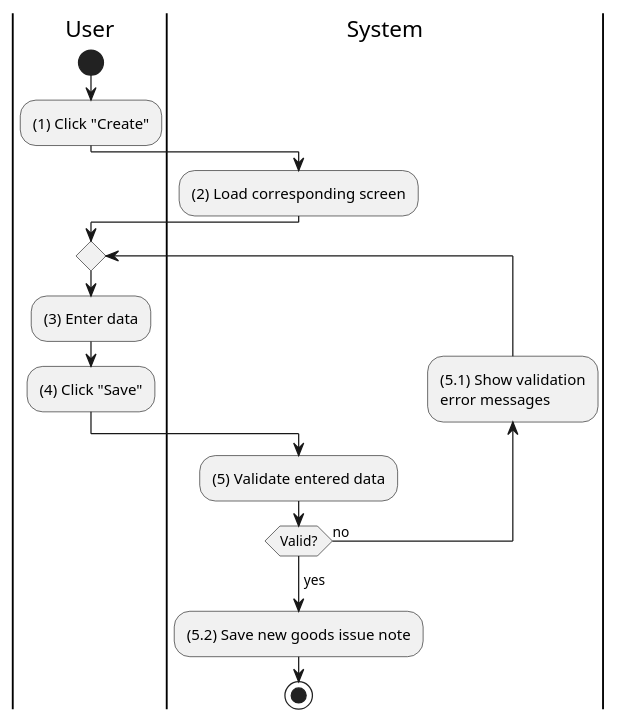
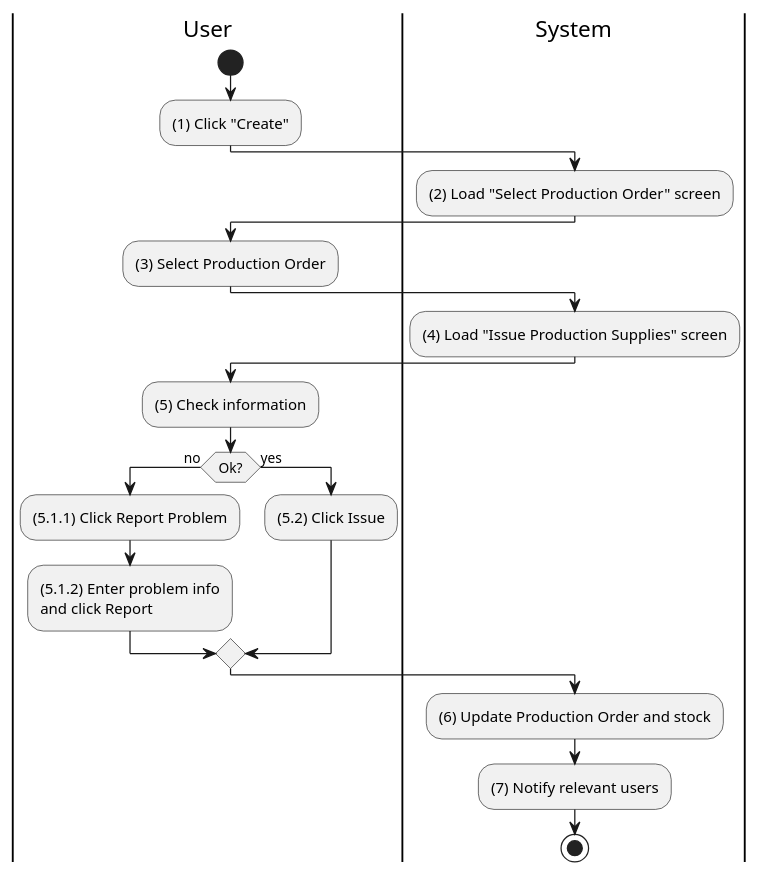
Before and after one commit to phihungha/scmss-reqs: the diagram in activities/inventory-supply-issue.plantuml, drawn with PlantUML. The commit also changed 13 other files, not shown here.

```diff
--- a/activities/inventory-supply-issue.plantuml
+++ b/activities/inventory-supply-issue.plantuml
@@ -1,24 +1,34 @@
 @startuml inventory-supply-issue
 |u|User
 |s|System
 
 |u|
 start
 :(1) Click "Create";
 
 |s|
-:(2) Load corresponding screen;
+:(2) Load "Select Production Order" screen;
 
 |u|
-repeat
-    :(3) Enter data;
-    :(4) Click "Save";
-    |s|
-    :(5) Validate entered data;
-    backward:(5.1) Show validation
-    error messages;
-repeat while (Valid?) is (no)
-->yes;
-:(5.2) Save new goods issue note;
+:(3) Select Production Order;
+
+|s|
+:(4) Load "Issue Production Supplies" screen;
+
+|u|
+:(5) Check information;
+
+if (Ok?) then (no)
+    |u|
+    :(5.1.1) Click Report Problem;
+    :(5.1.2) Enter problem info\nand click Report;
+else (yes)
+    |u|
+    :(5.2) Click Issue;
+endif
+
+|s|
+:(6) Update Production Order and stock;
+:(7) Notify relevant users;
 stop
 @enduml
```
